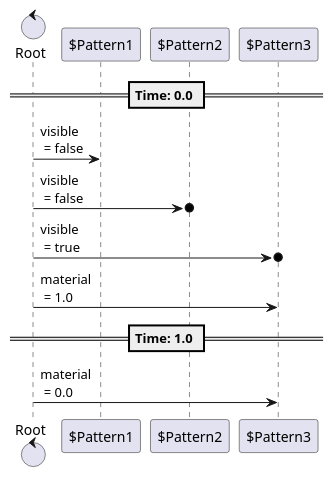
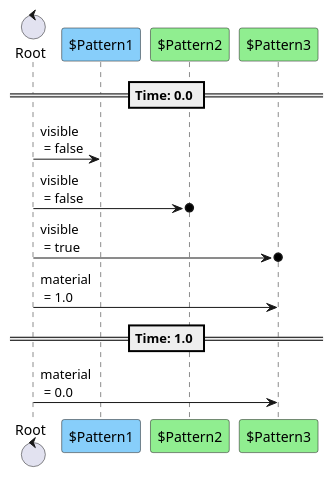
One commit to tkmfujise/Platformer-Game-Learning changed the fifth of 5 diagrams in content/scenes/src/curtain/opening/opening.tscn.adoc. Above: the diagram before and after it, drawn with PlantUML. The commit also changed other lines of this file and 67 other files, not shown here.

```diff
--- a/content/scenes/src/curtain/opening/opening.tscn.adoc
+++ b/content/scenes/src/curtain/opening/opening.tscn.adoc
@@ -149,19 +149,19 @@
 [plantuml]
 ....
 control "Root" as R
-participant "$Pattern1" as T0
-participant "$Pattern2" as T1
-participant "$Pattern3" as T2
+participant "$Pattern1" as T0 #87CEFA
+participant "$Pattern2" as T1 #90EE90
+participant "$Pattern3" as T2 #90EE90
 
 
 
 == Time: 0.0 ==
 R  ->  T0 : visible\n = false
 R  ->o  T1 : visible\n = false
 R  ->o  T2 : visible\n = true
 R  ->  T2 : material\n = 1.0
 == Time: 1.0 ==
 R  ->  T2 : material\n = 0.0
 
 
 ....
```
